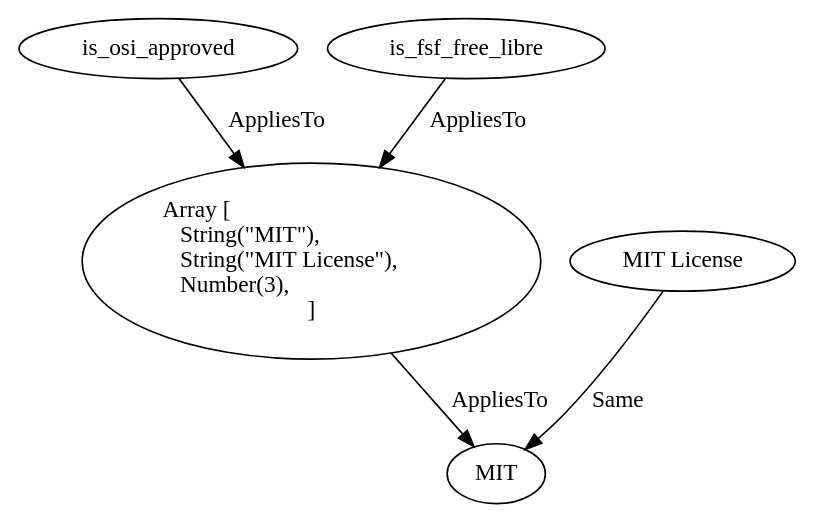
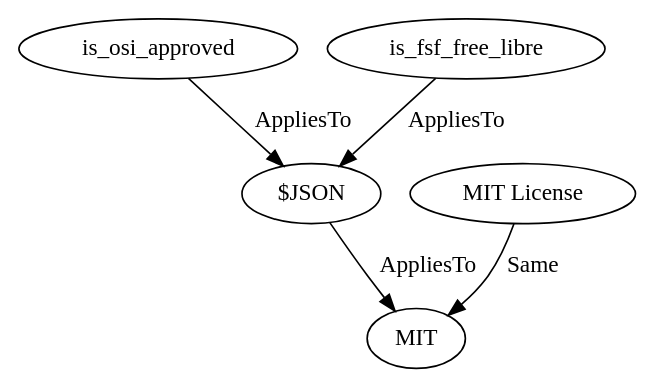
The diagram in test_output/source_spdx/MIT.dot (maxhbr/LDBcollector), drawn with Graphviz before and after one commit. The commit also changed 39 other files, not shown here.

```diff
--- a/test_output/source_spdx/MIT.dot
+++ b/test_output/source_spdx/MIT.dot
@@ -1,11 +1,11 @@
 digraph {
     3 [ label = "is_osi_approved" ]
     13 [ label = "is_fsf_free_libre" ]
     870 [ label = "MIT" ]
     871 [ label = "MIT License" ]
-    872 [ label = "Array [\l    String(\"MIT\"),\l    String(\"MIT License\"),\l    Number(3),\l]" ]
+    872 [ label = "$JSON" ]
     871 -> 870 [ label = "Same" ]
     872 -> 870 [ label = "AppliesTo" ]
     13 -> 872 [ label = "AppliesTo" ]
     3 -> 872 [ label = "AppliesTo" ]
 }
```
